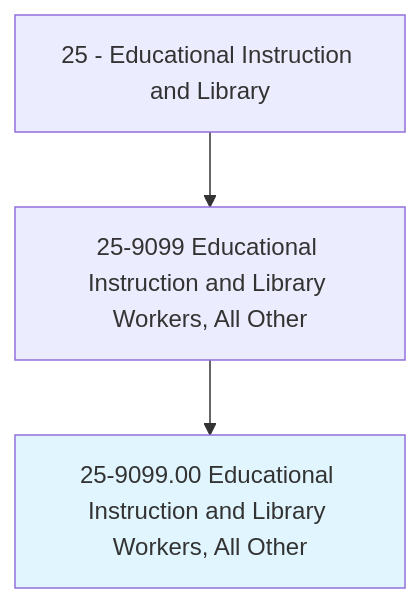
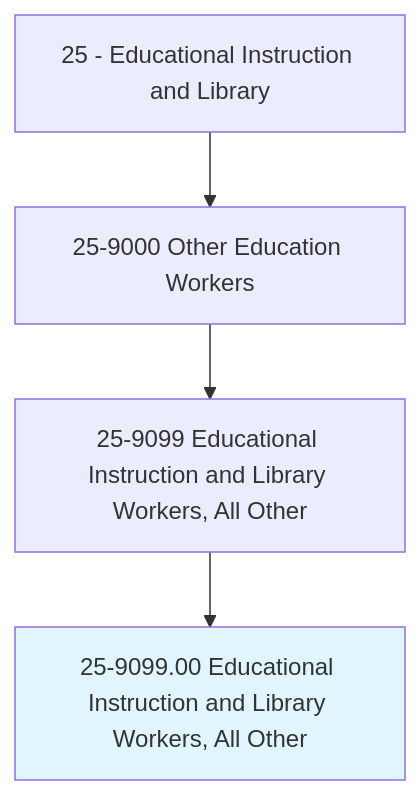
One commit to kziemski/business.org.ai changed the first of 4 diagrams in occupations/Education/EducationalInstructionAndLibraryWorkers.mdx. Above: the diagram before and after it, drawn with Mermaid. The commit also changed other lines of this file and 938 other files, not shown here.

````diff
--- a/occupations/Education/EducationalInstructionAndLibraryWorkers.mdx
+++ b/occupations/Education/EducationalInstructionAndLibraryWorkers.mdx
@@ -19,6 +23,7 @@
 ```mermaid
 graph TD
-    Cat25["25 - Educational Instruction and Library"] --> Group259099["25-9099 Educational Instruction and Library Workers, All Other"]
+    Cat25["25 - Educational Instruction and Library"] --> Group259["25-9000 Other Education Workers"]
+    Group259 --> Group259099["25-9099 Educational Instruction and Library Workers, All Other"]
     Group259099 --> Current["25-9099.00 Educational Instruction and Library Workers, All Other"]
     style Current fill:#e1f5fe
 ```
````
